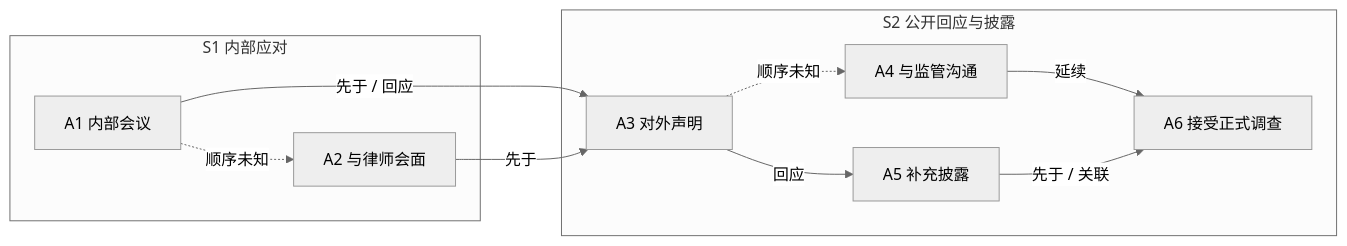
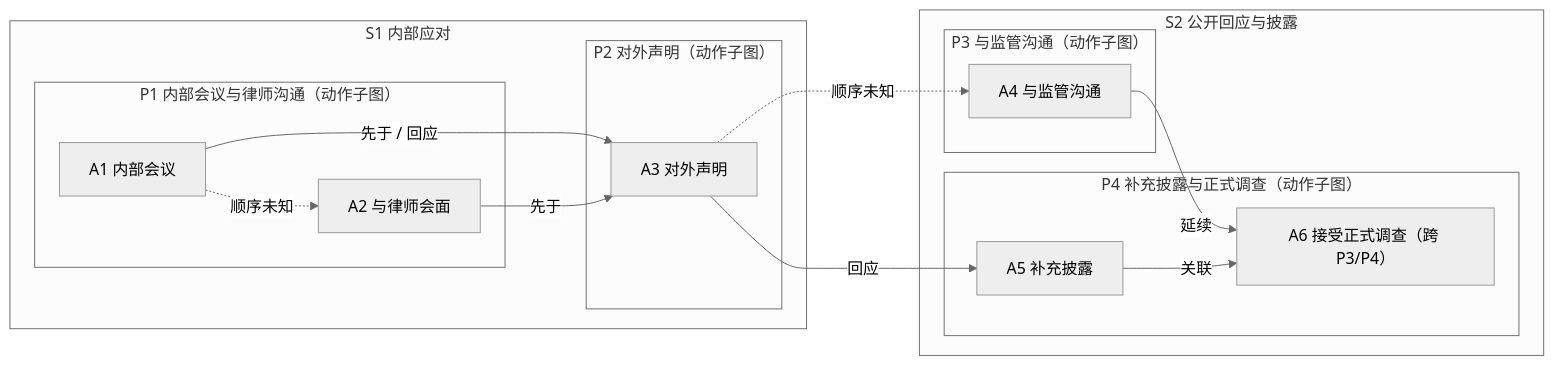
Before and after one commit to AgenticFinLab/FinMycelium: the second of 2 diagrams in docs/structures/6-illustrative-example.md, drawn with Mermaid (neutral theme). The commit also changed other lines of this file and 2 other files, not shown here.

Commit message:
docs: fix phase action-subgraph representation
- Phase contains a partial-order subgraph of multiple actions, not one action
- Update object model, hierarchy diagram, example phase grouping and explanations
- Audit structure docs for consistent phase/action semantics

````diff
--- a/docs/structures/6-illustrative-example.md
+++ b/docs/structures/6-illustrative-example.md
@@ -87,20 +87,28 @@
 ```mermaid
 flowchart LR
     subgraph S1["S1 内部应对"]
-        A1["A1 内部会议"]
-        A2["A2 与律师会面"]
+        subgraph P1["P1 内部会议与律师沟通（动作子图）"]
+            A1["A1 内部会议"]
+            A2["A2 与律师会面"]
+        end
+        subgraph P2["P2 对外声明（动作子图）"]
+            A3["A3 对外声明"]
+        end
     end
     subgraph S2["S2 公开回应与披露"]
-        A3["A3 对外声明"]
-        A4["A4 与监管沟通"]
-        A5["A5 补充披露"]
-        A6["A6 接受正式调查"]
+        subgraph P3["P3 与监管沟通（动作子图）"]
+            A4["A4 与监管沟通"]
+        end
+        subgraph P4["P4 补充披露与正式调查（动作子图）"]
+            A5["A5 补充披露"]
+            A6["A6 接受正式调查（跨 P3/P4）"]
+        end
     end
     A1 -.->|顺序未知| A2
     A1 -->|先于 / 回应| A3
     A2 -->|先于| A3
     A3 -.->|顺序未知| A4
     A3 -->|回应| A5
     A4 -->|延续| A6
-    A5 -->|先于 / 关联| A6
+    A5 -->|关联| A6
 ```
````
